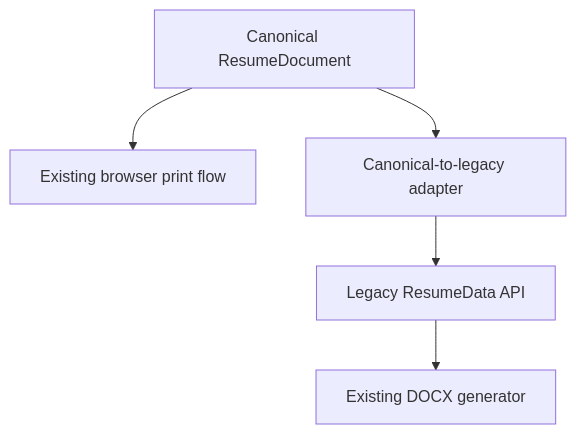
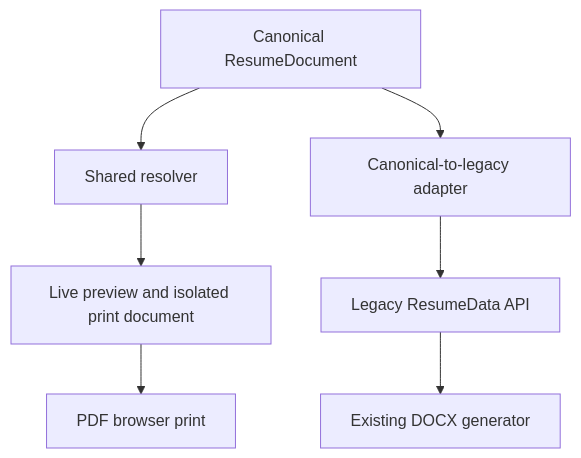
The second of 2 diagrams in docs/ARCHITECTURE.md (funkyvibespk/cvmaker), drawn with Mermaid before and after one commit. The commit also changed other lines of this file and 8 other files, not shown here.

````diff
--- a/docs/ARCHITECTURE.md
+++ b/docs/ARCHITECTURE.md
@@ -102,7 +107,9 @@
 ```mermaid
 flowchart TD
-    Canonical["Canonical ResumeDocument"] --> PDF["Existing browser print flow"]
+    Canonical["Canonical ResumeDocument"] --> Resolver["Shared resolver"]
+    Resolver --> Presentation["Live preview and isolated print document"]
+    Presentation --> PDF["PDF browser print"]
     Canonical --> Adapter["Canonical-to-legacy adapter"]
     Adapter --> Legacy["Legacy ResumeData API"]
     Legacy --> DOCX["Existing DOCX generator"]
 ```
````
